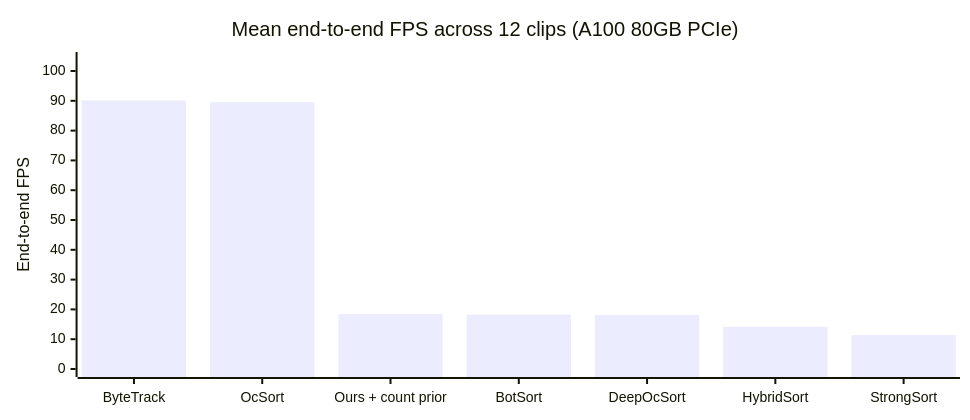
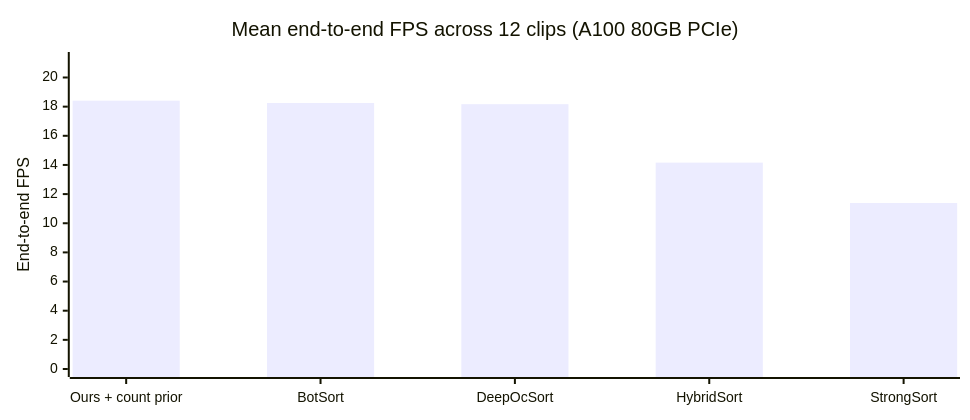
The second of 2 diagrams in docs/figures/full_benchmark/_mermaid_snippets.md (arnavchokshi/swaySort), drawn with Mermaid before and after one commit. The commit also changed 21 other files, not shown here.

Commit message:
Tighten README visuals and speed chart

````diff
--- a/docs/figures/full_benchmark/_mermaid_snippets.md
+++ b/docs/figures/full_benchmark/_mermaid_snippets.md
@@ -21,13 +21,13 @@
 ```mermaid
 ---
 config:
   xyChart:
     width: 950
     height: 400
 ---
 xychart-beta
   title "Mean end-to-end FPS across 12 clips (A100 80GB PCIe)"
-  x-axis ["ByteTrack", "OcSort", "Ours + count prior", "BotSort", "DeepOcSort", "HybridSort", "StrongSort"]
-  y-axis "End-to-end FPS" 0 --> 103.7
-  bar [90.14, 89.54, 18.41, 18.25, 18.17, 14.16, 11.39]
+  x-axis ["Ours + count prior", "BotSort", "DeepOcSort", "HybridSort", "StrongSort"]
+  y-axis "End-to-end FPS" 0 --> 21.2
+  bar [18.41, 18.25, 18.17, 14.16, 11.39]
 ```
````
